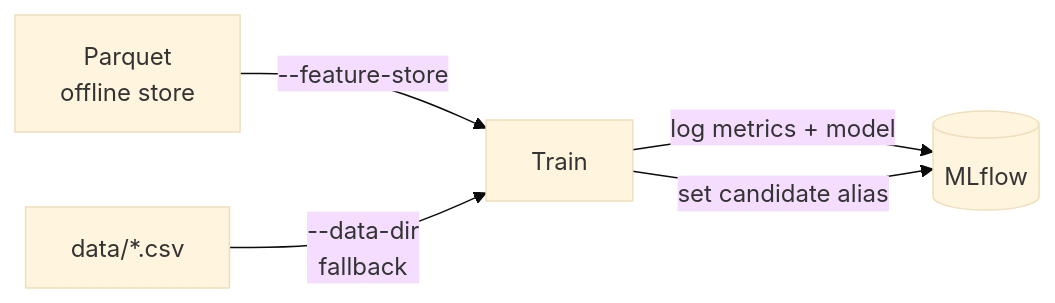
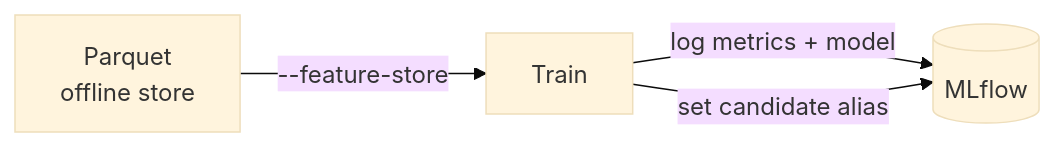
Before and after one commit to pierreWagou/vroom-forecast: the diagram in training/README.md, drawn with Mermaid (base theme). The commit also changed other lines of this file and 82 other files, not shown here.

````diff
--- a/training/README.md
+++ b/training/README.md
@@ -8,7 +8,6 @@
 ```mermaid
 graph LR
     PQ[Parquet<br/>offline store] -->|--feature-store| Train
-    CSV[data/*.csv] -->|--data-dir<br/>fallback| Train
     Train -->|log metrics + model| MLflow[(MLflow)]
     Train -->|set candidate alias| MLflow
 ```
````
